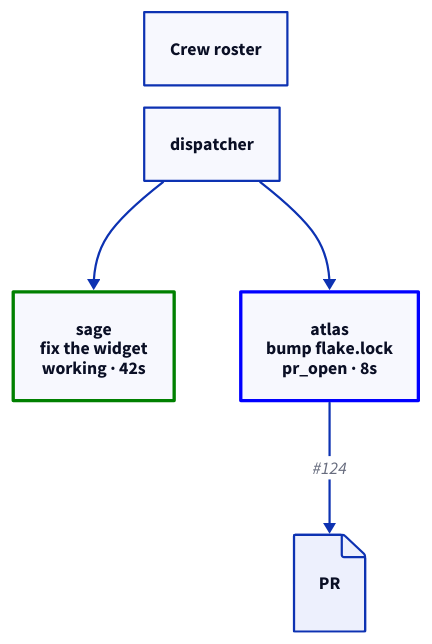
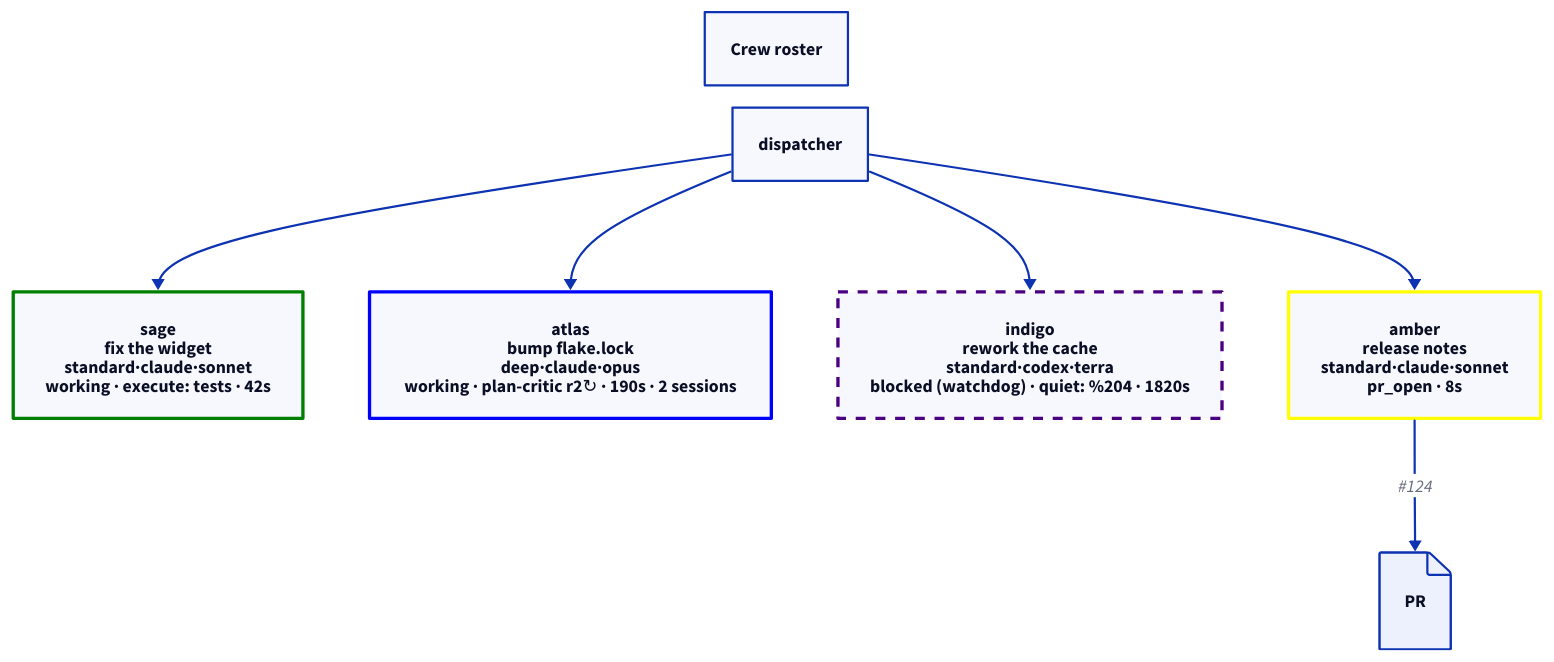
One commit to noamsto/dispatcher changed the diagram in adapters/codex/plugin/protocols/DISPATCHER_PROTOCOL.md. Above: the diagram before and after it, drawn with D2. The commit also changed other lines of this file and 172 other files, not shown here.

````diff
--- a/adapters/codex/plugin/protocols/DISPATCHER_PROTOCOL.md
+++ b/adapters/codex/plugin/protocols/DISPATCHER_PROTOCOL.md
@@ -217,10 +578,14 @@
 ```d2
 title: "Crew roster" {near: top-center}
 dispatcher: "dispatcher" {style.bold: true}
-sage: "sage\nfix the widget\nworking · 42s" {style: {stroke: green; stroke-width: 3}}
-atlas: "atlas\nbump flake.lock\npr_open · 8s" {style: {stroke: blue; stroke-width: 3}}
+sage: "sage\nfix the widget\nstandard·claude·sonnet\nworking · execute: tests · 42s" {style: {stroke: green; stroke-width: 3}}
+atlas: "atlas\nbump flake.lock\ndeep·claude·opus\nworking · plan-critic r2↻ · 190s · 2 sessions" {style: {stroke: blue; stroke-width: 3}}
+indigo: "indigo\nrework the cache\nstandard·codex·terra\nblocked (watchdog) · quiet: %204 · 1820s" {style: {stroke: indigo; stroke-width: 3; stroke-dash: 3}}
+amber: "amber\nrelease notes\nstandard·claude·sonnet\npr_open · 8s" {style: {stroke: yellow; stroke-width: 3}}
 pr: "PR" {shape: page}
 dispatcher -> sage
 dispatcher -> atlas
-atlas -> pr: "#124"
+dispatcher -> indigo
+dispatcher -> amber
+amber -> pr: "#124"
 ```
````
